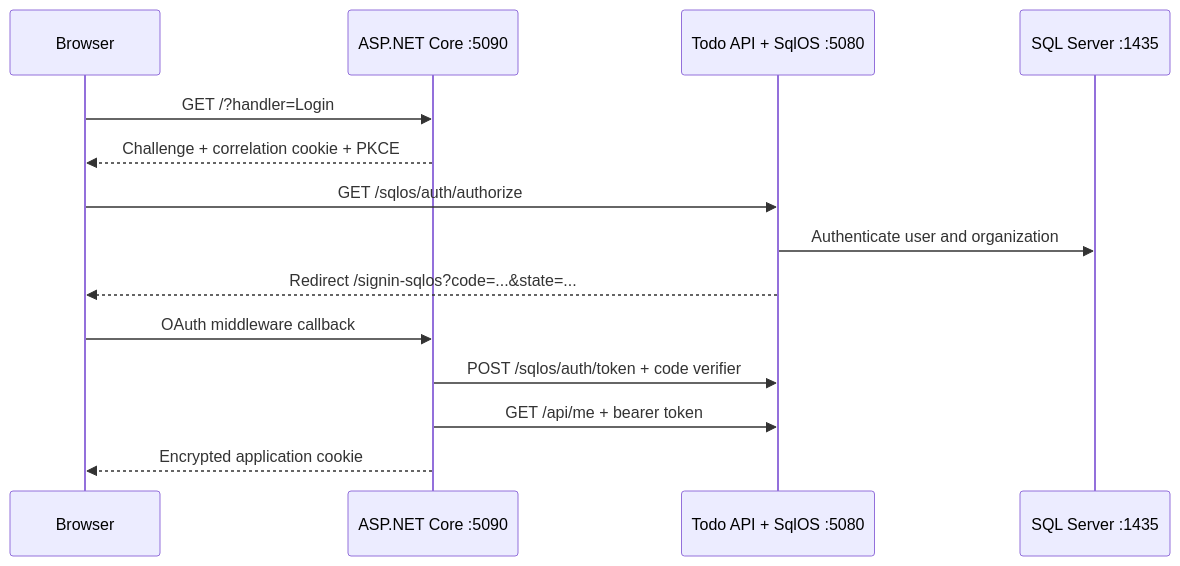
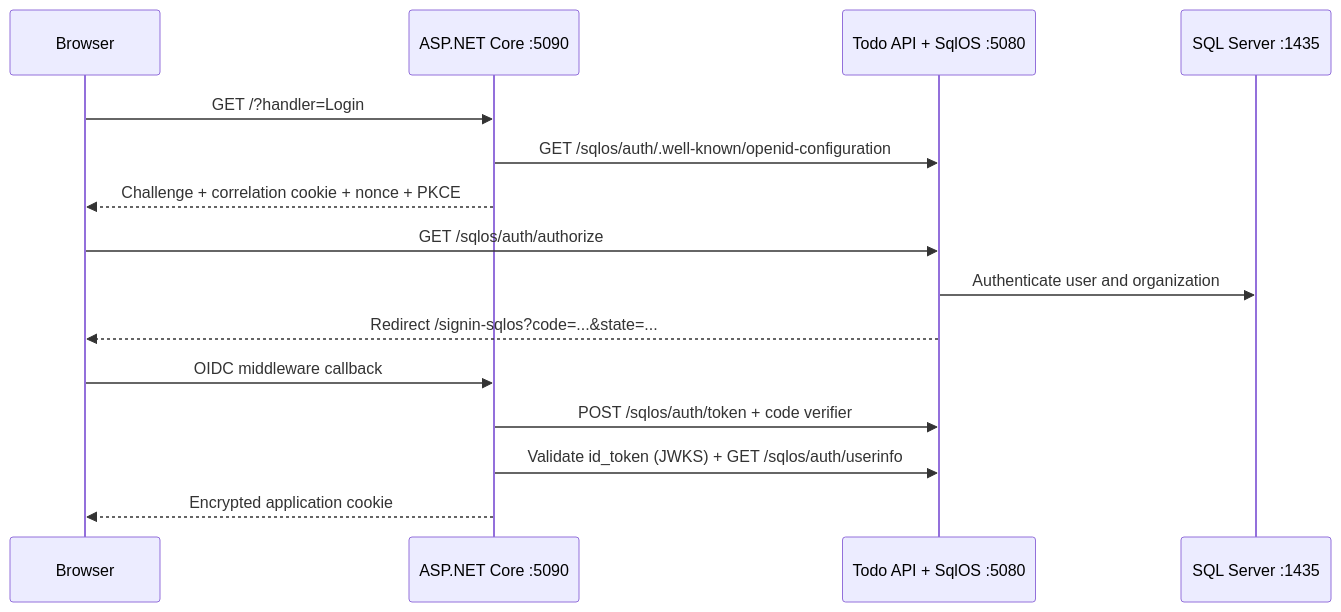
One commit to ross-slaney/sqlos changed the diagram in examples/SqlOS.Example.AspNetCoreWeb/README.md. Above: the diagram before and after it, drawn with Mermaid. The commit also changed other lines of this file and 54 other files, not shown here.

````diff
--- a/examples/SqlOS.Example.AspNetCoreWeb/README.md
+++ b/examples/SqlOS.Example.AspNetCoreWeb/README.md
@@ -42,17 +43,18 @@
 ```mermaid
 sequenceDiagram
     participant Browser
     participant Web as ASP.NET Core :5090
     participant SqlOS as Todo API + SqlOS :5080
     participant DB as SQL Server :1435
 
     Browser->>Web: GET /?handler=Login
-    Web-->>Browser: Challenge + correlation cookie + PKCE
+    Web->>SqlOS: GET /sqlos/auth/.well-known/openid-configuration
+    Web-->>Browser: Challenge + correlation cookie + nonce + PKCE
     Browser->>SqlOS: GET /sqlos/auth/authorize
     SqlOS->>DB: Authenticate user and organization
     SqlOS-->>Browser: Redirect /signin-sqlos?code=...&state=...
-    Browser->>Web: OAuth middleware callback
+    Browser->>Web: OIDC middleware callback
     Web->>SqlOS: POST /sqlos/auth/token + code verifier
-    Web->>SqlOS: GET /api/me + bearer token
+    Web->>SqlOS: Validate id_token (JWKS) + GET /sqlos/auth/userinfo
     Web-->>Browser: Encrypted application cookie
 ```
````
